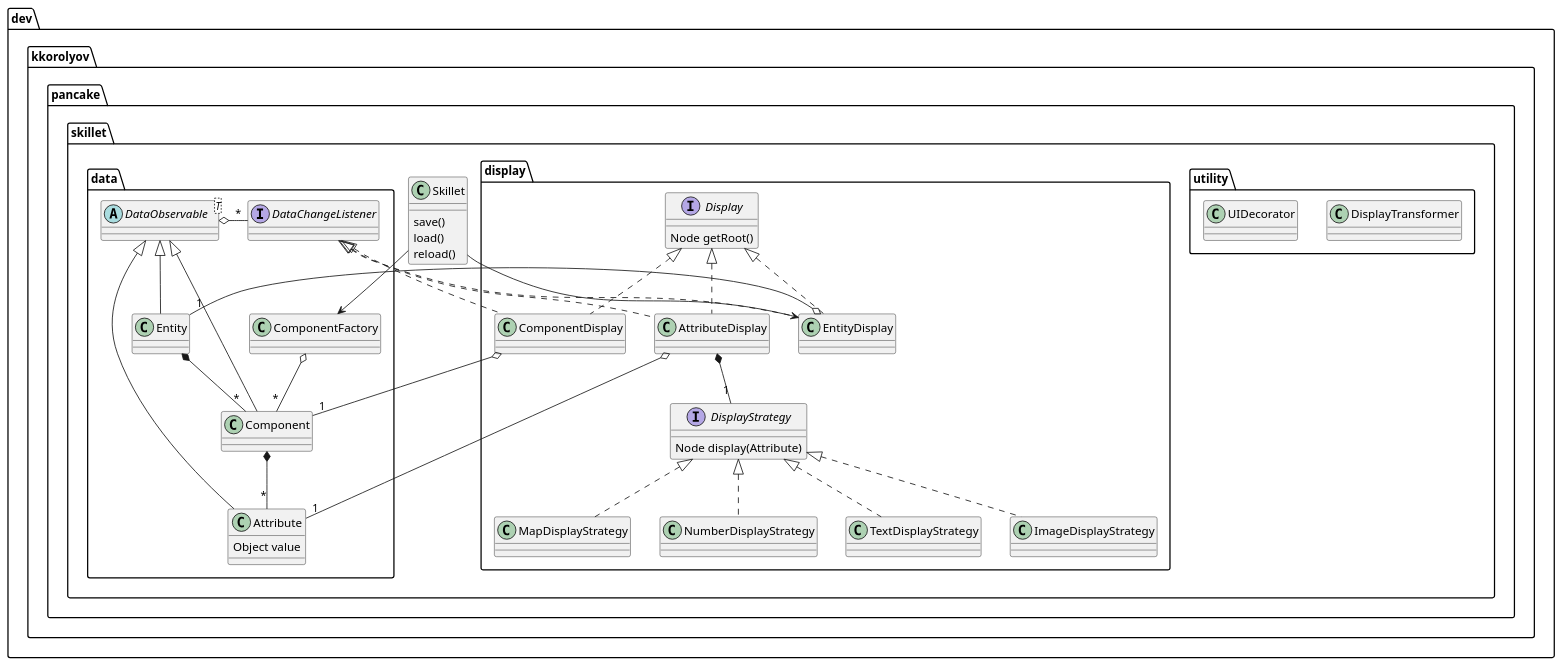
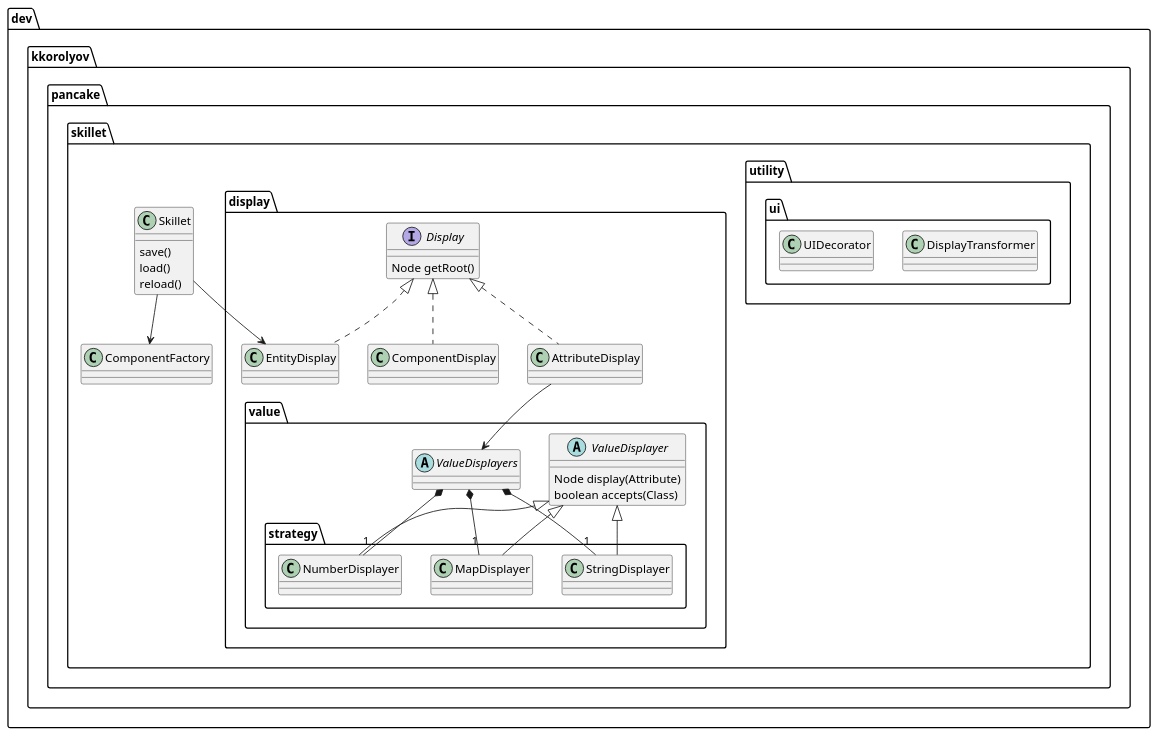
One commit to kkorolyov/pancake changed the diagram in skillet/src/docs/uml/class.puml. Above: the diagram before and after it, drawn with PlantUML. The commit also changed 32 other files, not shown here.

```diff
--- a/skillet/src/docs/uml/class.puml
+++ b/skillet/src/docs/uml/class.puml
@@ -1,86 +1,55 @@
 @startuml
 
 package dev.kkorolyov.pancake.skillet {
 	class Skillet {
 		save()
 		load()
 		reload()
 	}
 
-	package data {
-		abstract class DataObservable<T> {
-		}
-		interface DataChangeListener {
-		}
-
-		class Entity {
-		}
-		class Component {
-		}
-		class Attribute {
-			Object value
-		}
-
-		class ComponentFactory {
-		}
-
-		DataObservable o-l- "*" DataChangeListener
-
-		DataObservable <|-- Entity
-		DataObservable <|-- Component
-		DataObservable <|-- Attribute
-
-		Entity *-- "*" Component
-		Component *-- "*" Attribute
-
-		ComponentFactory o-- "*" Component
-	}
-
 	package display {
   	interface Display {
     	Node getRoot()
     }
 
-    class EntityDisplay {
-    }
-    class ComponentDisplay {
-    }
-    class AttributeDisplay {
-    }
+		package value {
+			abstract class ValueDisplayer {
+				Node display(Attribute)
+				boolean accepts(Class)
+			}
+			abstract class ValueDisplayers {
+			}
 
-    interface DisplayStrategy {
-    	Node display(Attribute)
-    }
-    DisplayStrategy <|.. NumberDisplayStrategy
-    DisplayStrategy <|.. TextDisplayStrategy
-    DisplayStrategy <|.. ImageDisplayStrategy
-    DisplayStrategy <|.. MapDisplayStrategy
+			package strategy {
+				ValueDisplayer <|-- NumberDisplayer
+				ValueDisplayer <|-- StringDisplayer
+				ValueDisplayer <|-- MapDisplayer
+			}
+
+			ValueDisplayers *-- "1" NumberDisplayer
+			ValueDisplayers *-- "1" StringDisplayer
+			ValueDisplayers *-- "1" MapDisplayer
+		}
 
     Display <|.. EntityDisplay
 		Display <|.. ComponentDisplay
 		Display <|.. AttributeDisplay
 
-		AttributeDisplay *-- "1" DisplayStrategy
+		AttributeDisplay --> ValueDisplayers
   }
 
   package utility {
-		class DisplayTransformer {
-		}
+  	package ui {
+			class DisplayTransformer {
+			}
 
-  	class UIDecorator {
+			class UIDecorator {
+			}
   	}
   }
-
-  DataChangeListener <|.. EntityDisplay
-	DataChangeListener <|.. ComponentDisplay
-	DataChangeListener <|.. AttributeDisplay
-
-  EntityDisplay o-- "1" Entity
-  ComponentDisplay o-- "1" Component
-  AttributeDisplay o-- "1" Attribute
 
   Skillet --> EntityDisplay
   Skillet --> ComponentFactory
 }
 
 @enduml
```
